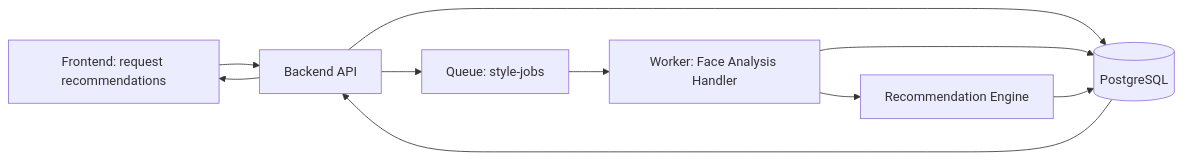
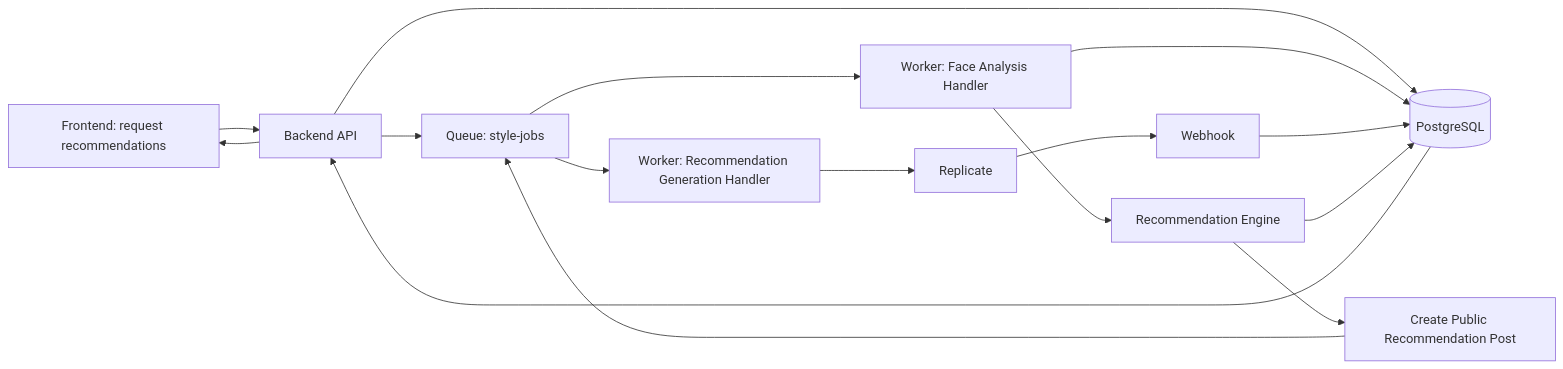
The first of 2 diagrams in ai-style-app/docs/face-analysis-recommendation-spec.md (DanJ210/HowDoILook), drawn with Mermaid before and after one commit. The commit also changed other lines of this file and 2 other files, not shown here.

Commit message:
Refactor documentation to reflect recommendation-first architecture and update API contracts for analysis and variant generation

````diff
--- a/ai-style-app/docs/face-analysis-recommendation-spec.md
+++ b/ai-style-app/docs/face-analysis-recommendation-spec.md
@@ -57,12 +62,18 @@
 ```mermaid
 flowchart LR
     A[Frontend: request recommendations] --> B[Backend API]
     B --> C[(PostgreSQL)]
     B --> D[Queue: style-jobs]
     D --> E[Worker: Face Analysis Handler]
     E --> C
     E --> F[Recommendation Engine]
+  F --> G[Create Public Recommendation Post]
+  G --> D
+  D --> H[Worker: Recommendation Generation Handler]
+  H --> I[Replicate]
+  I --> J[Webhook]
+  J --> C
     F --> C
     C --> B
     B --> A
 ```
````
